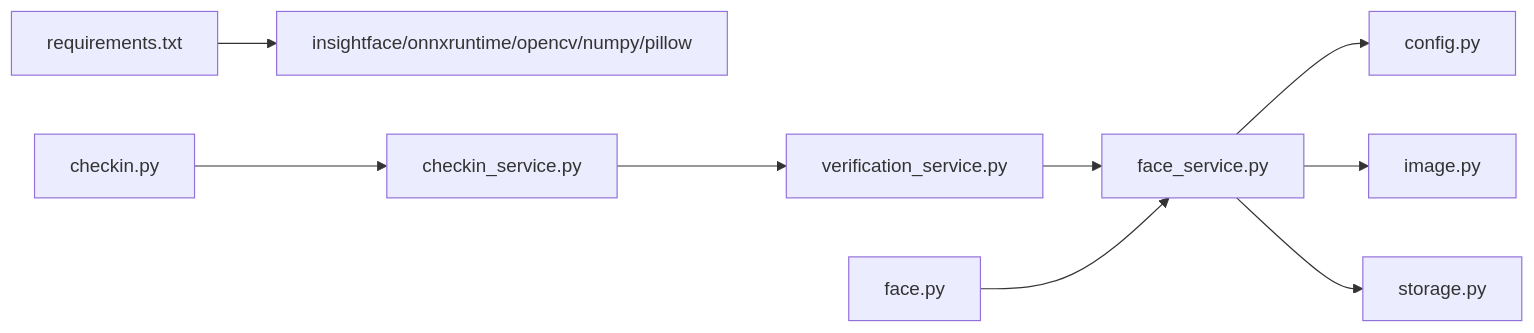
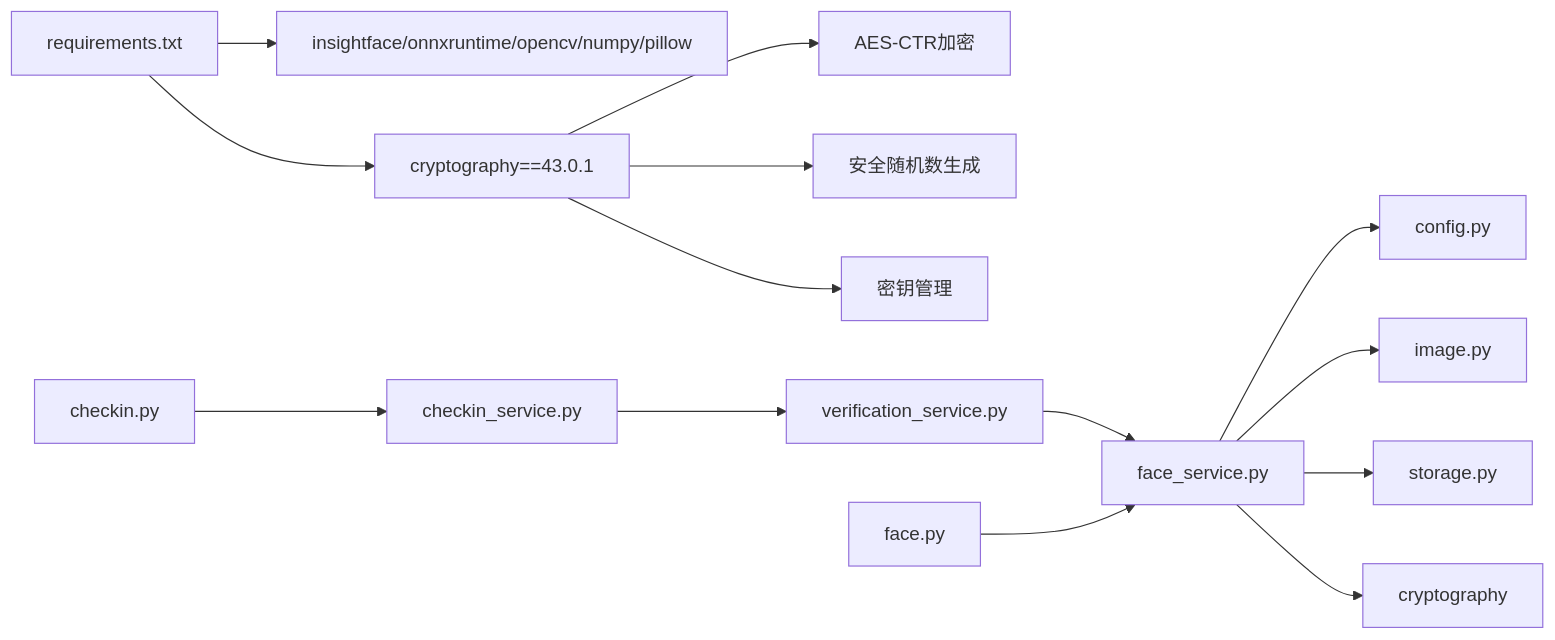
Before and after one commit to onebody/homework: the fifth of 5 diagrams in .qoder/repowiki/zh/content/暑假作业打卡系统/核心业务功能/人脸识别系统.md, drawn with Mermaid. The commit also changed other lines of this file and 14 other files, not shown here.

````diff
--- a/.qoder/repowiki/zh/content/暑假作业打卡系统/核心业务功能/人脸识别系统.md
+++ b/.qoder/repowiki/zh/content/暑假作业打卡系统/核心业务功能/人脸识别系统.md
@@ -292,11 +371,16 @@
 ```mermaid
 graph LR
 A["requirements.txt"] --> B["insightface/onnxruntime/opencv/numpy/pillow"]
-C["face_service.py"] --> D["config.py"]
-C --> E["image.py"]
-C --> F["storage.py"]
-G["verification_service.py"] --> C
-H["checkin_service.py"] --> G
-I["face.py"] --> C
-J["checkin.py"] --> H
+A --> C["cryptography==43.0.1"]
+C --> D["AES-CTR加密"]
+C --> E["安全随机数生成"]
+C --> F["密钥管理"]
+G["face_service.py"] --> H["config.py"]
+G --> I["image.py"]
+G --> J["storage.py"]
+G --> K["cryptography"]
+L["verification_service.py"] --> G
+M["checkin_service.py"] --> L
+N["face.py"] --> G
+O["checkin.py"] --> M
 ```
````
